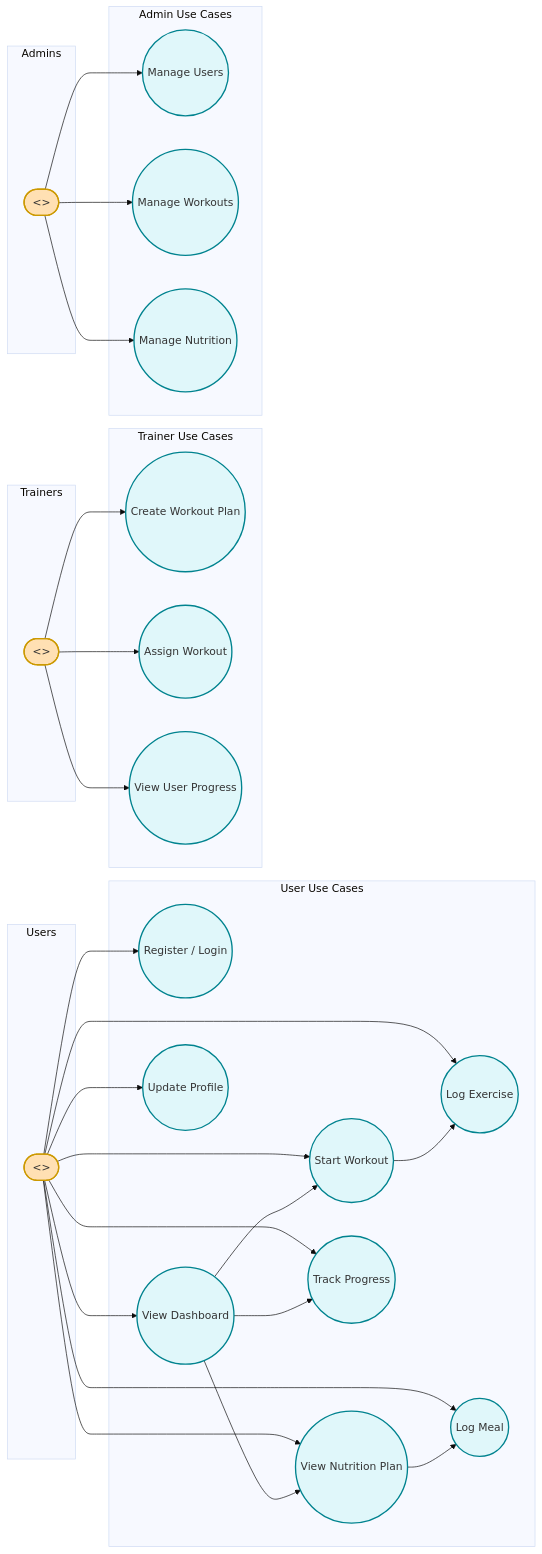
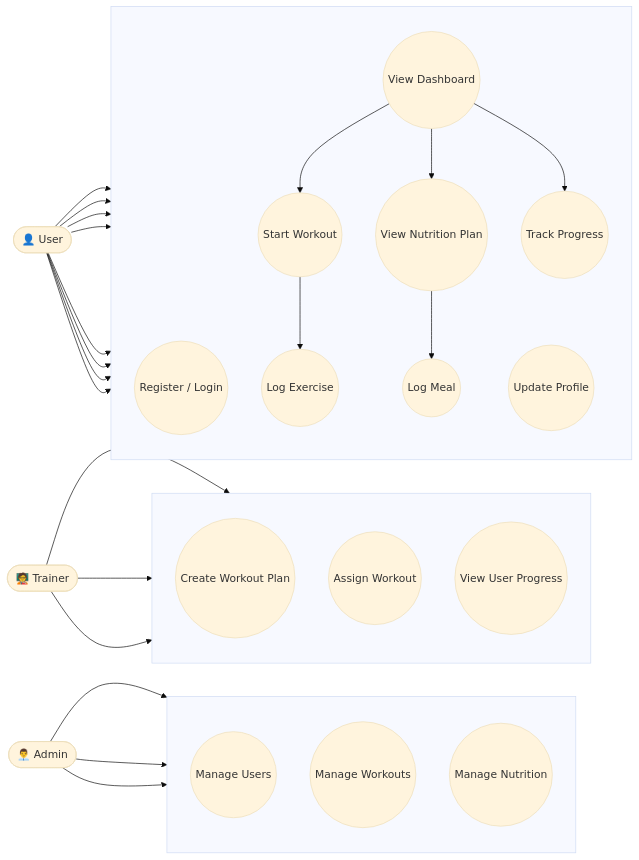
The diagram in UML-Use-Case-Diagram.md (SivaSabariGanesan/Software-Contruction), drawn with Mermaid (base theme) before and after one commit.

Commit message:
Updated UML Use Case Diagram

```diff
--- a/UML-Use-Case-Diagram.md
+++ b/UML-Use-Case-Diagram.md
@@ -1,95 +1,84 @@
 ::: mermaid
-
 
 flowchart LR
   %% Actors
-  User([<<User>>]):::actor
-  Trainer([<<Trainer>>]):::actor
-  Admin([<<Admin>>]):::actor
+  User(["👤 User"])
+  Trainer(["🧑‍🏫 Trainer"])
+  Admin(["👨‍💼 Admin"])
 
   %% User Use Cases
-  UC1((Register / Login)):::usecase
-  UC2((View Dashboard)):::usecase
-  UC3((Start Workout)):::usecase
-  UC4((Log Exercise)):::usecase
-  UC5((View Nutrition Plan)):::usecase
-  UC6((Log Meal)):::usecase
-  UC7((Track Progress)):::usecase
-  UC8((Update Profile)):::usecase
+  UC_Login((Register / Login))
+  UC_Dashboard((View Dashboard))
+  UC_Workout((Start Workout))
+  UC_Exercise((Log Exercise))
+  UC_Nutrition((View Nutrition Plan))
+  UC_Meal((Log Meal))
+  UC_Progress((Track Progress))
+  UC_Profile((Update Profile))
 
   %% Trainer Use Cases
-  UC9((Create Workout Plan)):::usecase
-  UC10((Assign Workout)):::usecase
-  UC11((View User Progress)):::usecase
+  UC_CreateWorkout((Create Workout Plan))
+  UC_AssignWorkout((Assign Workout))
+  UC_ViewProgress((View User Progress))
 
   %% Admin Use Cases
-  UC12((Manage Users)):::usecase
-  UC13((Manage Workouts)):::usecase
-  UC14((Manage Nutrition)):::usecase
+  UC_ManageUsers((Manage Users))
+  UC_ManageWorkouts((Manage Workouts))
+  UC_ManageNutrition((Manage Nutrition))
 
-  %% Layout padding for readability
-  subgraph Users
-    User
+  %% Layout spacing
+  subgraph USER_USE_CASES[ ]
+    direction TB
+    UC_Login
+    UC_Dashboard
+    UC_Workout
+    UC_Exercise
+    UC_Nutrition
+    UC_Meal
+    UC_Progress
+    UC_Profile
   end
 
-  subgraph Trainers
-    Trainer
+  subgraph TRAINER_USE_CASES[ ]
+    direction TB
+    UC_CreateWorkout
+    UC_AssignWorkout
+    UC_ViewProgress
   end
 
-  subgraph Admins
-    Admin
+  subgraph ADMIN_USE_CASES[ ]
+    direction TB
+    UC_ManageUsers
+    UC_ManageWorkouts
+    UC_ManageNutrition
   end
 
-  subgraph UseCases_User [User Use Cases]
-    UC1
-    UC2
-    UC3
-    UC4
-    UC5
-    UC6
-    UC7
-    UC8
-  end
+  %% Connections to User
+  User --> UC_Login
+  User --> UC_Dashboard
+  User --> UC_Workout
+  User --> UC_Exercise
+  User --> UC_Nutrition
+  User --> UC_Meal
+  User --> UC_Progress
+  User --> UC_Profile
 
-  subgraph UseCases_Trainer [Trainer Use Cases]
-    UC9
-    UC10
-    UC11
-  end
+  %% Connections to Trainer
+  Trainer --> UC_CreateWorkout
+  Trainer --> UC_AssignWorkout
+  Trainer --> UC_ViewProgress
 
-  subgraph UseCases_Admin [Admin Use Cases]
-    UC12
-    UC13
-    UC14
-  end
+  %% Connections to Admin
+  Admin --> UC_ManageUsers
+  Admin --> UC_ManageWorkouts
+  Admin --> UC_ManageNutrition
 
-  %% Connections
-  User --> UC1
-  User --> UC2
-  User --> UC3
-  User --> UC4
-  User --> UC5
-  User --> UC6
-  User --> UC7
-  User --> UC8
+  %% Use Case Relationships
+  UC_Dashboard --> UC_Workout
+  UC_Dashboard --> UC_Nutrition
+  UC_Dashboard --> UC_Progress
+  UC_Workout --> UC_Exercise
+  UC_Nutrition --> UC_Meal
 
-  Trainer --> UC9
-  Trainer --> UC10
-  Trainer --> UC11
-
-  Admin --> UC12
-  Admin --> UC13
-  Admin --> UC14
-
-  %% Relationships
-  UC2 --> UC3
-  UC2 --> UC5
-  UC2 --> UC7
-  UC3 --> UC4
-  UC5 --> UC6
-
-  %% Styling
-  classDef actor fill:#ffe0b3,stroke:#cc9900,stroke-width:2px;
-  classDef usecase fill:#e0f7fa,stroke:#00838f,stroke-width:2px;
 
 :::
```
